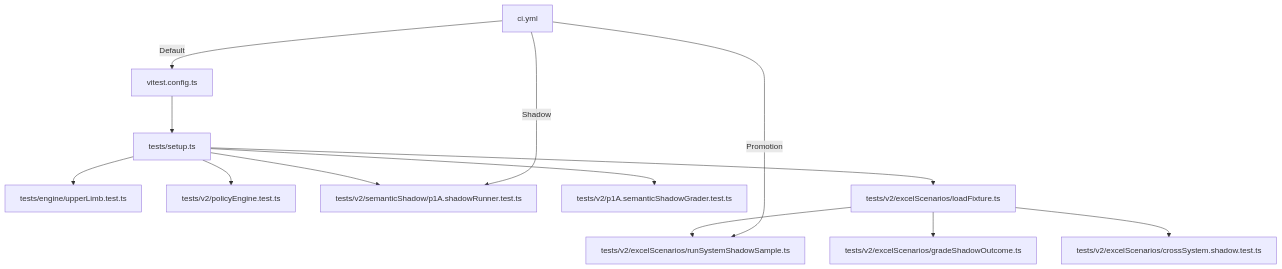
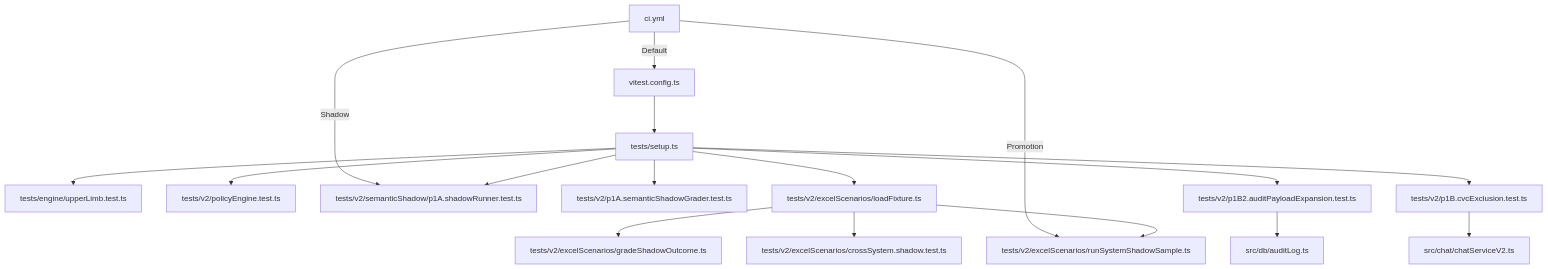
One commit to ongchonghian/gatiod-chat-assistant changed the ninth of 9 diagrams in .qoder/repowiki/en/content/Testing Strategy/Testing Strategy.md. Above: the diagram before and after it, drawn with Mermaid. The commit also changed other lines of this file and 32 other files, not shown here.

````diff
--- a/.qoder/repowiki/en/content/Testing Strategy/Testing Strategy.md
+++ b/.qoder/repowiki/en/content/Testing Strategy/Testing Strategy.md
@@ -307,15 +410,19 @@
 ```mermaid
 graph TB
 VC["vitest.config.ts"] --> ST["tests/setup.ts"]
 ST --> ET["tests/engine/upperLimb.test.ts"]
 ST --> PT["tests/v2/policyEngine.test.ts"]
 ST --> SR["tests/v2/semanticShadow/p1A.shadowRunner.test.ts"]
 ST --> SG["tests/v2/p1A.semanticShadowGrader.test.ts"]
 ST --> LF["tests/v2/excelScenarios/loadFixture.ts"]
+ST --> AP["tests/v2/p1B2.auditPayloadExpansion.test.ts"]
+ST --> CE["tests/v2/p1B.cvcExclusion.test.ts"]
 LF --> RS["tests/v2/excelScenarios/runSystemShadowSample.ts"]
 LF --> GO["tests/v2/excelScenarios/gradeShadowOutcome.ts"]
 LF --> CS["tests/v2/excelScenarios/crossSystem.shadow.test.ts"]
+AP --> AL["src/db/auditLog.ts"]
+CE --> CS2["src/chat/chatServiceV2.ts"]
 CI["ci.yml"] --> |Default| VC
 CI --> |Shadow| SR
 CI --> |Promotion| RS
 ```
````
